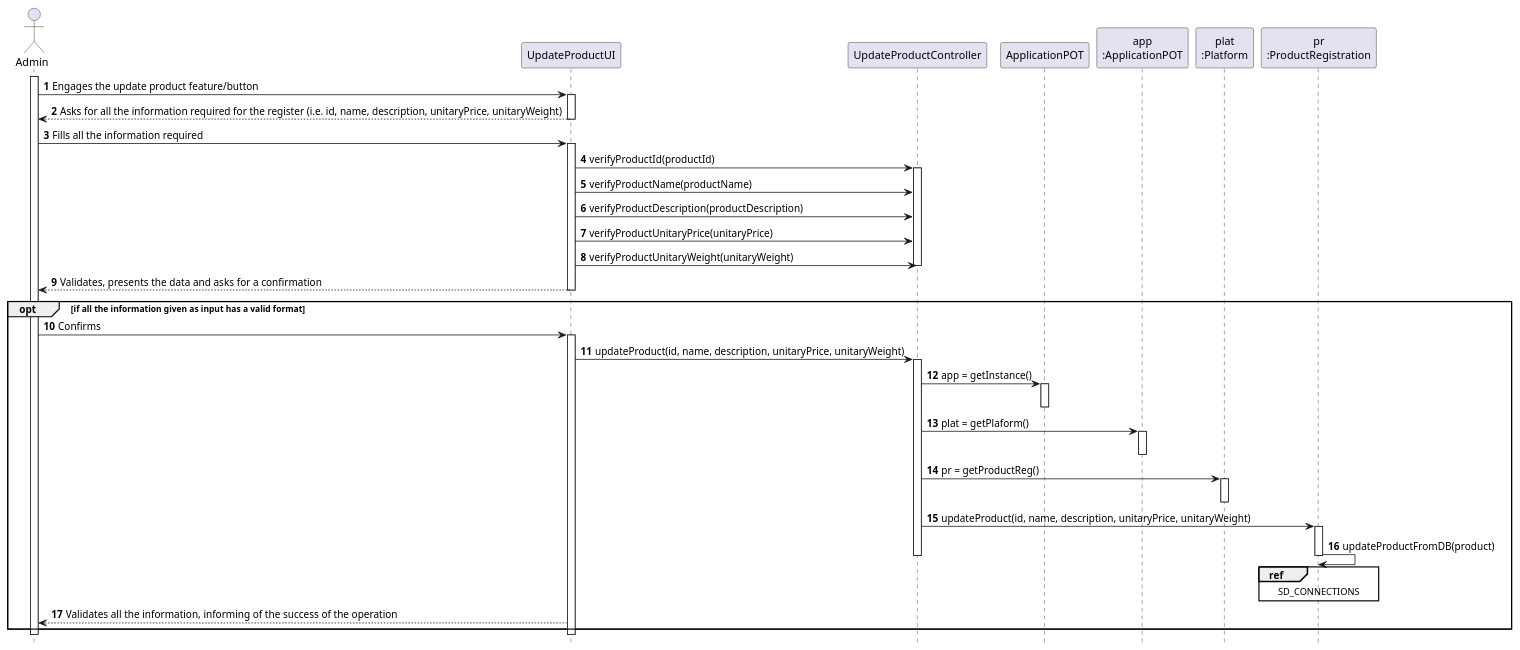
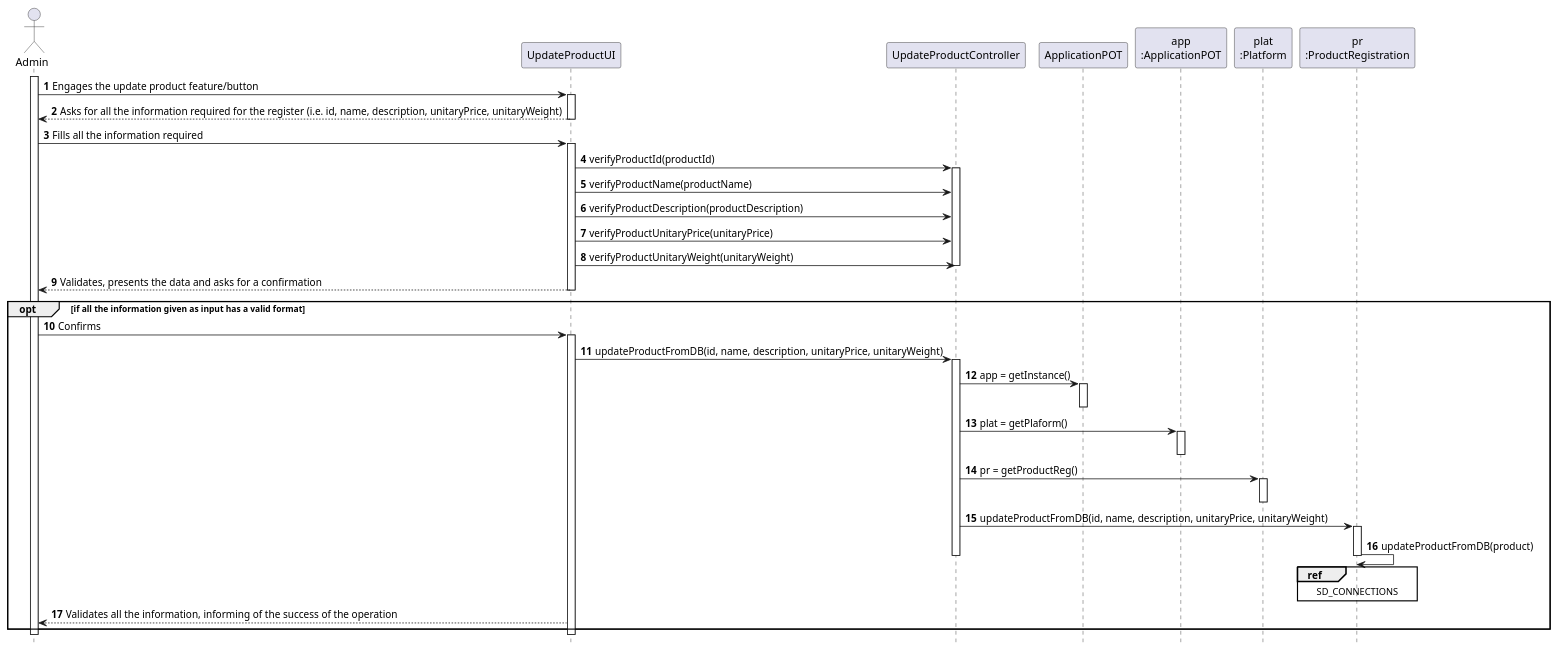
The diagram in docs/Iteration 1/Product Management/US71_UpdateProduct/US71_SD.puml (tiagoavcosta25/LAPR3), drawn with PlantUML before and after one commit. The commit also changed 3 other files, not shown here.

```diff
--- a/docs/Iteration 1/Product Management/US71_UpdateProduct/US71_SD.puml
+++ b/docs/Iteration 1/Product Management/US71_UpdateProduct/US71_SD.puml
@@ -1,80 +1,80 @@
 @startuml
 autonumber
 hide footbox
 
 actor "Admin" as U
 
 participant "UpdateProductUI" as UI
 participant "UpdateProductController" as CTRL
 participant "ApplicationPOT" as _APP
 participant "app\n:ApplicationPOT" as APP
 participant "plat\n:Platform" as PLAT
 participant "pr\n:ProductRegistration" as PREG
 
 
 
 activate U
 
 U -> UI : Engages the update product feature/button
 activate UI
 
 UI --> U : Asks for all the information required for the register (i.e. id, name, description, unitaryPrice, unitaryWeight)
 
 
 deactivate UI
 U -> UI : Fills all the information required
 activate UI
 
 
 UI -> CTRL : verifyProductId(productId)
 activate CTRL
 UI -> CTRL : verifyProductName(productName)
 UI -> CTRL : verifyProductDescription(productDescription)
 UI -> CTRL : verifyProductUnitaryPrice(unitaryPrice)
 UI -> CTRL : verifyProductUnitaryWeight(unitaryWeight)
 deactivate CTRL
 
 UI --> U : Validates, presents the data and asks for a confirmation
 deactivate UI
 
 opt if all the information given as input has a valid format
 
 
 U -> UI : Confirms
 activate UI
-UI -> CTRL : updateProduct(id, name, description, unitaryPrice, unitaryWeight)
+UI -> CTRL : updateProductFromDB(id, name, description, unitaryPrice, unitaryWeight)
 activate CTRL
 CTRL -> _APP: app = getInstance()
 activate _APP
 deactivate _APP
 
 CTRL -> APP: plat = getPlaform()
 activate APP
 deactivate APP
 CTRL -> PLAT : pr = getProductReg()
 activate PLAT
 deactivate PLAT
 
-CTRL -> PREG : updateProduct(id, name, description, unitaryPrice, unitaryWeight)
+CTRL -> PREG : updateProductFromDB(id, name, description, unitaryPrice, unitaryWeight)
 activate PREG
 
 
 
 PREG -> PREG : updateProductFromDB(product)
 ref over PREG
 SD_CONNECTIONS
 end ref
 
 
 deactivate PREG
 
 
 
 deactivate CTRL
 UI --> U : Validates all the information, informing of the success of the operation
 end opt
 deactivate UI
 deactivate U
 
 
 @enduml
```
